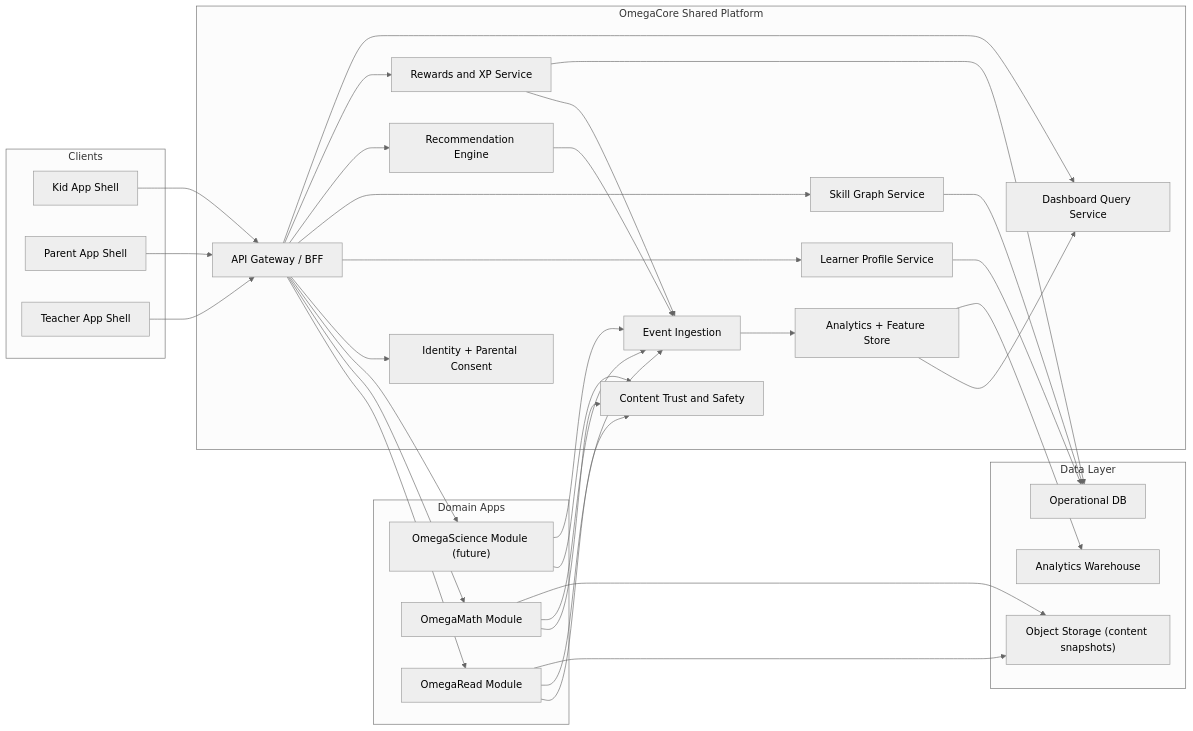
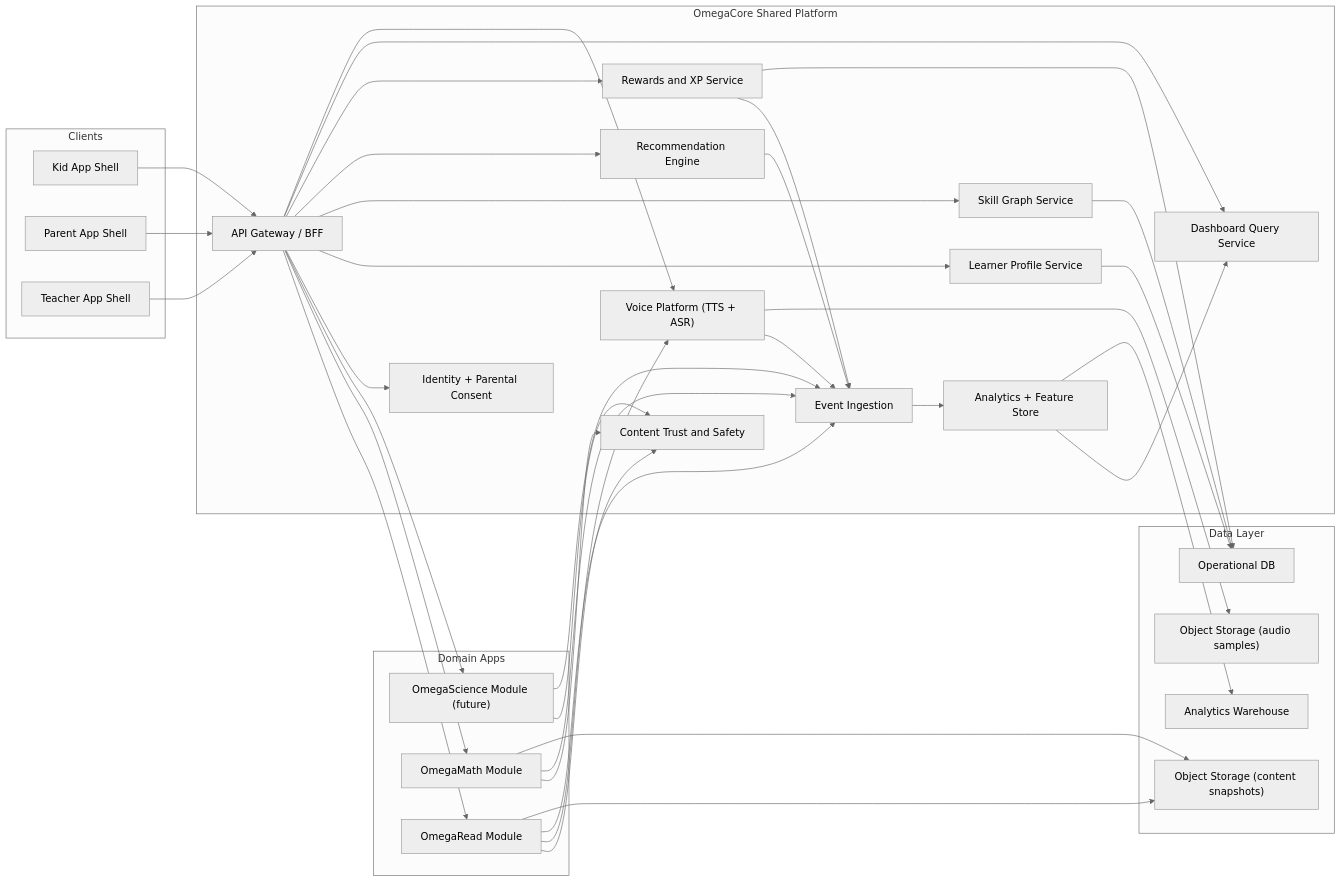
One commit to DjinnFoundry/omegaread changed the first of 2 diagrams in docs/architecture/OMEGAANYWHERE-ARQUITECTURA-MULTIAPP.md. Above: the diagram before and after it, drawn with Mermaid (neutral theme). The commit also changed other lines of this file and 3 other files, not shown here.

````diff
--- a/docs/architecture/OMEGAANYWHERE-ARQUITECTURA-MULTIAPP.md
+++ b/docs/architecture/OMEGAANYWHERE-ARQUITECTURA-MULTIAPP.md
@@ -24,68 +26,74 @@
 ```mermaid
 flowchart LR
     subgraph Clients
         K["Kid App Shell"]
         P["Parent App Shell"]
         T["Teacher App Shell"]
     end
 
     subgraph DomainApps["Domain Apps"]
         OR["OmegaRead Module"]
         OM["OmegaMath Module"]
         OS["OmegaScience Module (future)"]
     end
 
     subgraph Core["OmegaCore Shared Platform"]
         API["API Gateway / BFF"]
         ID["Identity + Parental Consent"]
         LP["Learner Profile Service"]
         SG["Skill Graph Service"]
         RE["Recommendation Engine"]
         RW["Rewards and XP Service"]
         CT["Content Trust and Safety"]
+        VO["Voice Platform (TTS + ASR)"]
         EV["Event Ingestion"]
         AN["Analytics + Feature Store"]
         DS["Dashboard Query Service"]
     end
 
     subgraph Data["Data Layer"]
         OLTP["Operational DB"]
         DW["Analytics Warehouse"]
         OB["Object Storage (content snapshots)"]
+        AO["Object Storage (audio samples)"]
     end
 
     K --> API
     P --> API
     T --> API
 
     API --> OR
     API --> OM
     API --> OS
 
     API --> ID
     API --> LP
     API --> SG
     API --> RE
     API --> RW
     API --> DS
+    API --> VO
 
     OR --> CT
     OM --> CT
     OS --> CT
+    OR --> VO
 
     OR --> EV
     OM --> EV
     OS --> EV
     RW --> EV
     RE --> EV
+    VO --> EV
 
     EV --> AN
     AN --> DS
 
     LP --> OLTP
     SG --> OLTP
     RW --> OLTP
     OR --> OB
     OM --> OB
+    VO --> AO
     AN --> DW
 ```
````
